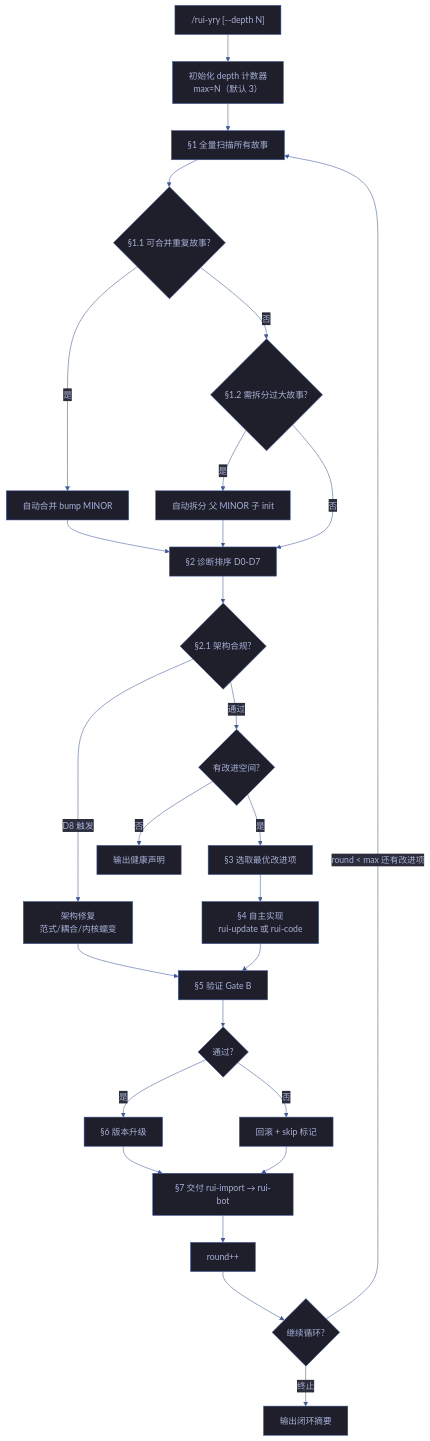
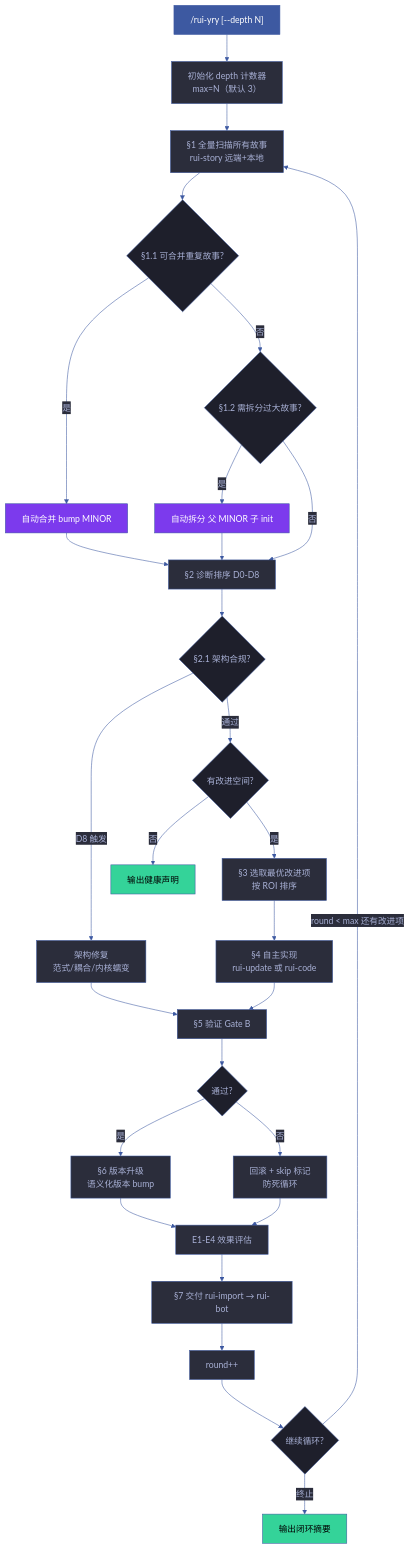
Before and after one commit to effiy/YrY: the first of 2 diagrams in skills/rui-yry/SKILL.md, drawn with Mermaid. The commit also changed other lines of this file and 1028 other files, not shown here.

````diff
--- a/skills/rui-yry/SKILL.md
+++ b/skills/rui-yry/SKILL.md
@@ -35,33 +41,39 @@
 ```mermaid
 %%{init: {'theme': 'base', 'themeVariables': {
   'primaryColor': '#1e1f2b', 'primaryTextColor': '#a9b1d6', 'primaryBorderColor': '#3d59a1',
   'lineColor': '#3d59a1', 'secondaryColor': '#2b2d3b', 'tertiaryColor': '#21232f'
 }}}%%
 flowchart TD
     START["/rui-yry [--depth N]"]:::entry --> INIT["初始化 depth 计数器<br/>max=N（默认 3）"]:::s
-    INIT --> SCAN["§1 全量扫描所有故事"]:::s
+    INIT --> SCAN["§1 全量扫描所有故事<br/>rui-story 远端+本地"]:::s
     SCAN --> MERGE_CHECK{"§1.1 可合并重复故事?"}
     MERGE_CHECK -->|"是"| AUTO_MERGE["自动合并 bump MINOR"]:::op
     MERGE_CHECK -->|"否"| SPLIT_CHECK{"§1.2 需拆分过大故事?"}
     SPLIT_CHECK -->|"是"| AUTO_SPLIT["自动拆分 父 MINOR 子 init"]:::op
     AUTO_MERGE --> DIAG
-    SPLIT_CHECK -->|"否"| DIAG["§2 诊断排序 D0-D7"]:::s
+    SPLIT_CHECK -->|"否"| DIAG["§2 诊断排序 D0-D8"]:::s
     AUTO_SPLIT --> DIAG
     DIAG --> ARCH_CHECK{"§2.1 架构合规?"}
     ARCH_CHECK -->|"D8 触发"| ARCH_FIX["架构修复<br/>范式/耦合/内核蠕变"]:::s
     ARCH_CHECK -->|"通过"| CHECK{"有改进空间?"}
     ARCH_FIX --> VERIFY
     CHECK -->|"否"| DONE["输出健康声明"]:::out
-    CHECK -->|"是"| PICK["§3 选取最优改进项"]:::s
+    CHECK -->|"是"| PICK["§3 选取最优改进项<br/>按 ROI 排序"]:::s
     PICK --> IMPL["§4 自主实现<br/>rui-update 或 rui-code"]:::s
     IMPL --> VERIFY["§5 验证 Gate B"]:::s
     VERIFY --> VER{"通过?"}
-    VER -->|"是"| BUMP["§6 版本升级"]:::s
-    VER -->|"否"| ROLLBACK["回滚 + skip 标记"]:::s
-    BUMP --> DELIVER["§7 交付 rui-import → rui-bot"]:::s
-    ROLLBACK --> DELIVER
+    VER -->|"是"| BUMP["§6 版本升级<br/>语义化版本 bump"]:::s
+    VER -->|"否"| ROLLBACK["回滚 + skip 标记<br/>防死循环"]:::s
+    BUMP --> EVAL["E1-E4 效果评估"]:::s
+    ROLLBACK --> EVAL
+    EVAL --> DELIVER["§7 交付 rui-import → rui-bot"]:::s
     DELIVER --> INC["round++"]:::s
     INC --> LOOP{"继续循环?"}
     LOOP -->|"round < max 还有改进项"| SCAN
     LOOP -->|"终止"| END["输出闭环摘要"]:::out
+
+    classDef entry fill:#3d59a1,color:#fff
+    classDef s fill:#2b2d3b,stroke:#3d59a1,color:#a9b1d6
+    classDef op fill:#7c3aed,color:#fff
+    classDef out fill:#34d399,color:#000
 ```
````
